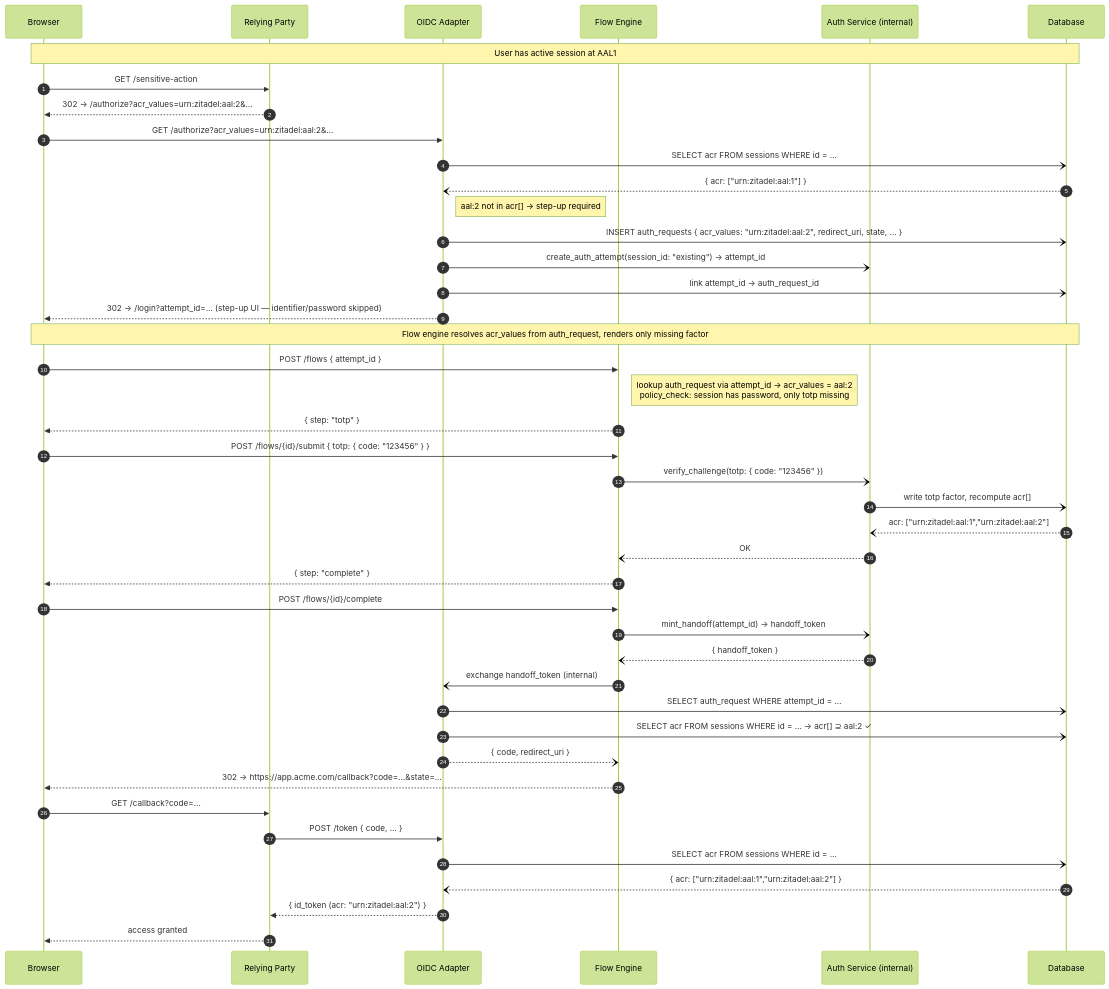
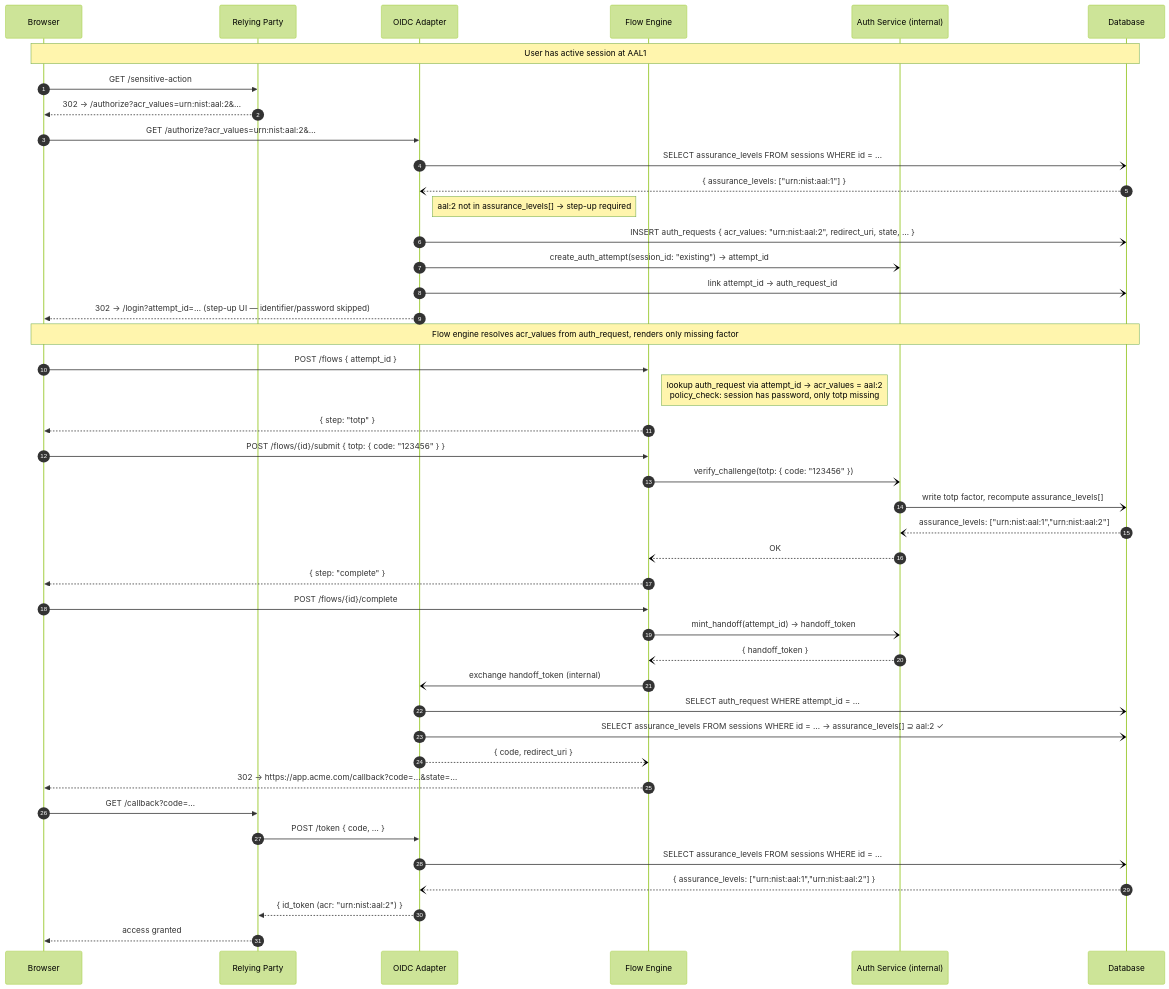
One commit to zitadel/nextgen changed the fourth of 4 diagrams in docs/design/api/authn-and-auth-flows.md. Above: the diagram before and after it, drawn with Mermaid (forest theme). The commit also changed other lines of this file and 10 other files, not shown here.

````diff
--- a/docs/design/api/authn-and-auth-flows.md
+++ b/docs/design/api/authn-and-auth-flows.md
@@ -335,54 +335,54 @@
 ```mermaid
 sequenceDiagram
     autonumber
     participant Browser
     participant RP as Relying Party
     participant OIDCAdapter as OIDC Adapter
     participant FlowEngine as Flow Engine
     participant AuthService as Auth Service (internal)
     participant DB as Database
 
     Note over Browser,DB: User has active session at AAL1
 
     Browser->>RP: GET /sensitive-action
-    RP-->>Browser: 302 → /authorize?acr_values=urn:zitadel:aal:2&…
+    RP-->>Browser: 302 → /authorize?acr_values=urn:nist:aal:2&…
 
-    Browser->>OIDCAdapter: GET /authorize?acr_values=urn:zitadel:aal:2&…
-    OIDCAdapter-)DB: SELECT acr FROM sessions WHERE id = …
-    DB--)OIDCAdapter: { acr: ["urn:zitadel:aal:1"] }
-    Note right of OIDCAdapter: aal:2 not in acr[] → step-up required
+    Browser->>OIDCAdapter: GET /authorize?acr_values=urn:nist:aal:2&…
+    OIDCAdapter-)DB: SELECT assurance_levels FROM sessions WHERE id = …
+    DB--)OIDCAdapter: { assurance_levels: ["urn:nist:aal:1"] }
+    Note right of OIDCAdapter: aal:2 not in assurance_levels[] → step-up required
 
-    OIDCAdapter-)DB: INSERT auth_requests { acr_values: "urn:zitadel:aal:2", redirect_uri, state, … }
+    OIDCAdapter-)DB: INSERT auth_requests { acr_values: "urn:nist:aal:2", redirect_uri, state, … }
     OIDCAdapter-)AuthService: create_auth_attempt(session_id: "existing") → attempt_id
     OIDCAdapter-)DB: link attempt_id → auth_request_id
     OIDCAdapter-->>Browser: 302 → /login?attempt_id=… (step-up UI — identifier/password skipped)
 
     Note over Browser,DB: Flow engine resolves acr_values from auth_request, renders only missing factor
 
     Browser->>FlowEngine: POST /flows { attempt_id }
     Note right of FlowEngine: lookup auth_request via attempt_id → acr_values = aal:2<br/>policy_check: session has password, only totp missing
     FlowEngine-->>Browser: { step: "totp" }
 
     Browser->>FlowEngine: POST /flows/{id}/submit { totp: { code: "123456" } }
     FlowEngine-)AuthService: verify_challenge(totp: { code: "123456" })
-    AuthService-)DB: write totp factor, recompute acr[]
-    DB--)AuthService: acr: ["urn:zitadel:aal:1","urn:zitadel:aal:2"]
+    AuthService-)DB: write totp factor, recompute assurance_levels[]
+    DB--)AuthService: assurance_levels: ["urn:nist:aal:1","urn:nist:aal:2"]
     AuthService--)FlowEngine: OK
     FlowEngine-->>Browser: { step: "complete" }
 
     Browser->>FlowEngine: POST /flows/{id}/complete
     FlowEngine-)AuthService: mint_handoff(attempt_id) → handoff_token
     AuthService--)FlowEngine: { handoff_token }
     FlowEngine-)OIDCAdapter: exchange handoff_token (internal)
     OIDCAdapter-)DB: SELECT auth_request WHERE attempt_id = …
-    OIDCAdapter-)DB: SELECT acr FROM sessions WHERE id = … → acr[] ⊇ aal:2 ✓
+    OIDCAdapter-)DB: SELECT assurance_levels FROM sessions WHERE id = … → assurance_levels[] ⊇ aal:2 ✓
     OIDCAdapter--)FlowEngine: { code, redirect_uri }
     FlowEngine-->>Browser: 302 → https://app.acme.com/callback?code=…&state=…
 
     Browser->>RP: GET /callback?code=…
     RP->>OIDCAdapter: POST /token { code, … }
-    OIDCAdapter-)DB: SELECT acr FROM sessions WHERE id = …
-    DB--)OIDCAdapter: { acr: ["urn:zitadel:aal:1","urn:zitadel:aal:2"] }
-    OIDCAdapter-->>RP: { id_token (acr: "urn:zitadel:aal:2") }
+    OIDCAdapter-)DB: SELECT assurance_levels FROM sessions WHERE id = …
+    DB--)OIDCAdapter: { assurance_levels: ["urn:nist:aal:1","urn:nist:aal:2"] }
+    OIDCAdapter-->>RP: { id_token (acr: "urn:nist:aal:2") }
     RP-->>Browser: access granted
 ```
````
